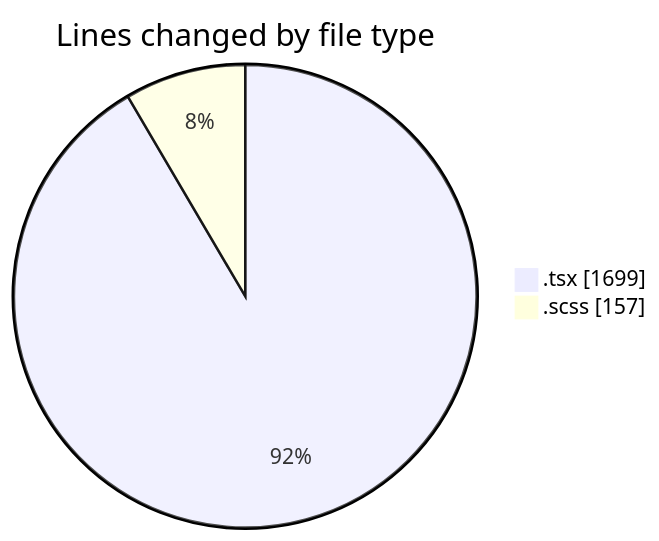
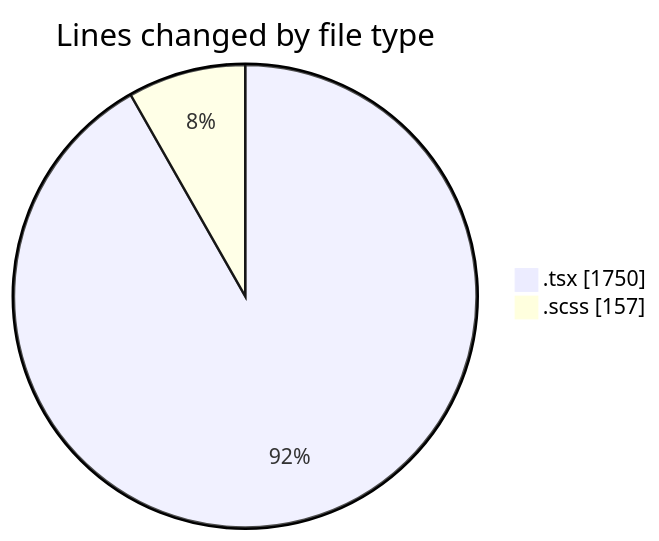
One commit to momahboobian/code-tracking changed the first of 2 diagrams in 2025-04-07/cda/README.md. Above: the diagram before and after it, drawn with Mermaid. The commit also changed other lines of this file and 1 other file, not shown here.

````diff
--- a/2025-04-07/cda/README.md
+++ b/2025-04-07/cda/README.md
@@ -26,6 +26,6 @@
 ```mermaid
 pie showData
 title Lines changed by file type
-".tsx" : 1699
+".tsx" : 1750
 ".scss" : 157
 ```
````
